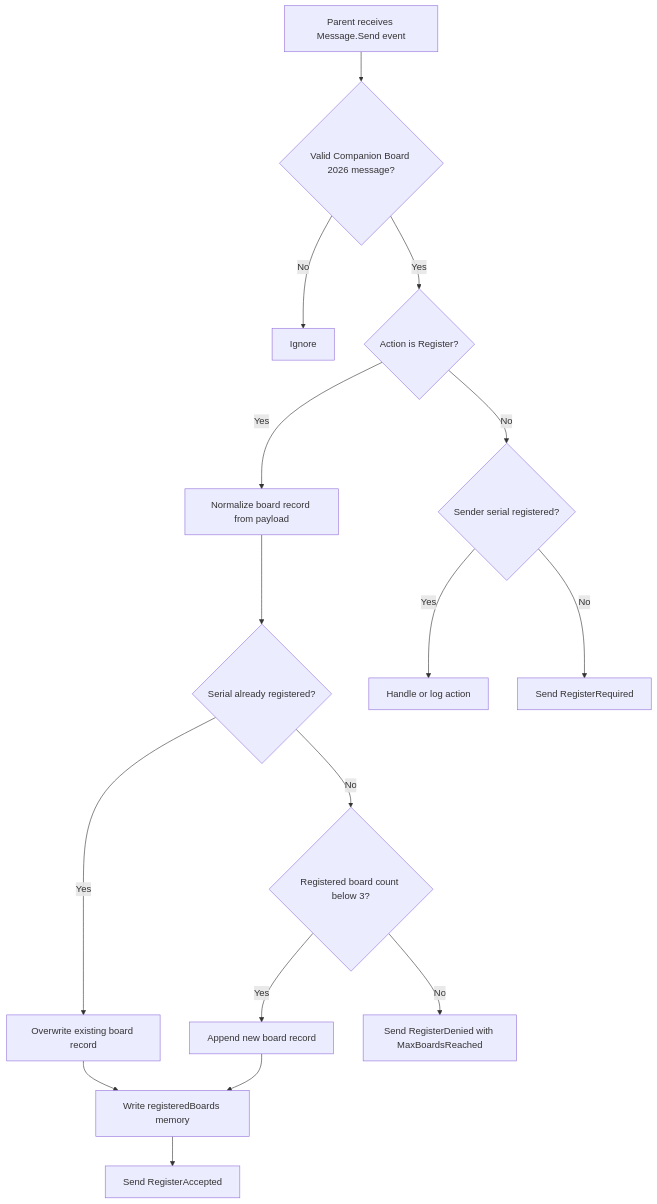
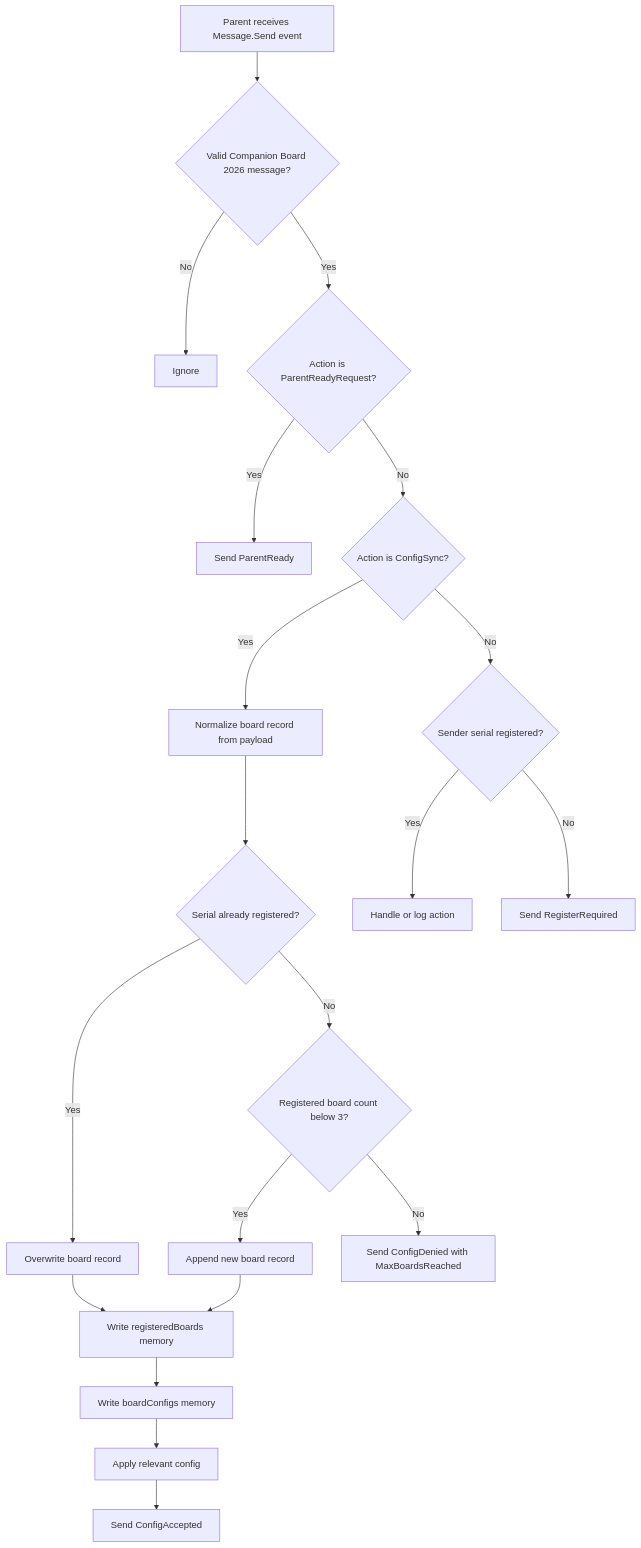
One commit to ctg-tme/Custom_Companion_2026 changed the fifth of 7 diagrams in README.md. Above: the diagram before and after it, drawn with Mermaid. The commit also changed other lines of this file and 5 other files, not shown here.

Commit message:
Move parent config to message sync

````diff
--- a/README.md
+++ b/README.md
@@ -146,18 +158,22 @@
 ```mermaid
 flowchart TD
 	A[Parent receives Message.Send event] --> B{Valid Companion Board 2026 message?}
 	B -- No --> C[Ignore]
-	B -- Yes --> D{Action is Register?}
-	D -- Yes --> E[Normalize board record from payload]
-	E --> F{Serial already registered?}
-	F -- Yes --> G[Overwrite existing board record]
-	F -- No --> H{Registered board count below 3?}
-	H -- Yes --> I[Append new board record]
-	H -- No --> J[Send RegisterDenied with MaxBoardsReached]
-	G --> K[Write registeredBoards memory]
-	I --> K
-	K --> L[Send RegisterAccepted]
-	D -- No --> M{Sender serial registered?}
-	M -- Yes --> N[Handle or log action]
-	M -- No --> O[Send RegisterRequired]
+	B -- Yes --> D{Action is ParentReadyRequest?}
+	D -- Yes --> E[Send ParentReady]
+	D -- No --> F{Action is ConfigSync?}
+	F -- Yes --> G[Normalize board record from payload]
+	G --> H{Serial already registered?}
+	H -- Yes --> I[Overwrite board record]
+	H -- No --> J{Registered board count below 3?}
+	J -- Yes --> K[Append new board record]
+	J -- No --> L[Send ConfigDenied with MaxBoardsReached]
+	I --> M[Write registeredBoards memory]
+	K --> M
+	M --> N[Write boardConfigs memory]
+	N --> O[Apply relevant config]
+	O --> P[Send ConfigAccepted]
+	F -- No --> Q{Sender serial registered?}
+	Q -- Yes --> R[Handle or log action]
+	Q -- No --> S[Send RegisterRequired]
 ```
````
